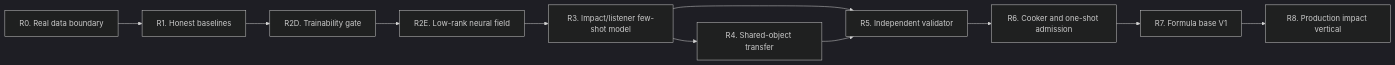
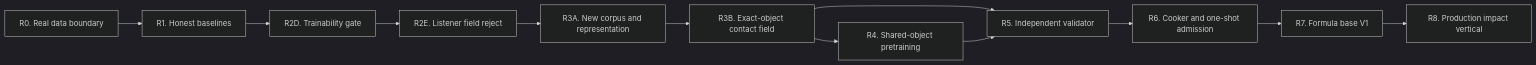
The diagram in docs/plans/physical-sound-synthesis-roadmap.md (kaifaty/NextEngine), drawn with Mermaid (dark theme) before and after one commit. The commit also changed other lines of this file and 11 other files, not shown here.

Commit message:
feat(sound): reject listener field and rebaseline

````diff
--- a/docs/plans/physical-sound-synthesis-roadmap.md
+++ b/docs/plans/physical-sound-synthesis-roadmap.md
@@ -117,13 +124,14 @@
 ```mermaid
 flowchart LR
     R0["R0. Real data boundary"] --> R1["R1. Honest baselines"]
     R1 --> R2D["R2D. Trainability gate"]
-    R2D --> R2E["R2E. Low-rank neural field"]
-    R2E --> R3["R3. Impact/listener few-shot model"]
-    R3 --> R4["R4. Shared-object transfer"]
-    R3 --> R5["R5. Independent validator"]
+    R2D --> R2E["R2E. Listener field reject"]
+    R2E --> R3A["R3A. New corpus and representation"]
+    R3A --> R3B["R3B. Exact-object contact field"]
+    R3B --> R4["R4. Shared-object pretraining"]
+    R3B --> R5["R5. Independent validator"]
     R4 --> R5
     R5 --> R6["R6. Cooker and one-shot admission"]
     R6 --> R7["R7. Formula base V1"]
     R7 --> R8["R8. Production impact vertical"]
 ```
````
